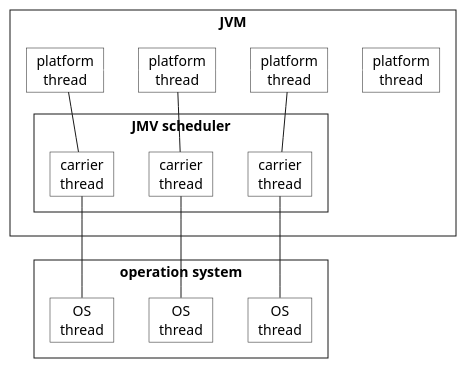
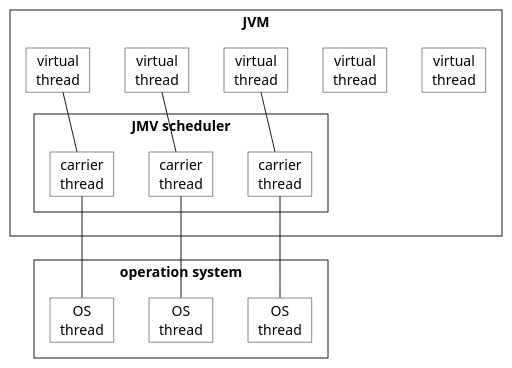
Before and after one commit to ti-cortex-m4/demo-java-virtual-threads2: the diagram in images/virtual_threads.puml, drawn with PlantUML. The commit also changed 1 other file, not shown here.

```diff
--- a/images/virtual_threads.puml
+++ b/images/virtual_threads.puml
@@ -1,42 +1,44 @@
 @startuml
 
 skinparam {
     defaultTextAlignment center
     roundCorner 0
     CardBackgroundColor transparent
     RectangleBackgroundColor transparent
     RectangleFontName Source Sans Pro
 }
 
 rectangle JVM {
-  card "platform\nthread" as PlatformThread1
-  card "platform\nthread" as PlatformThread2
-  card "platform\nthread" as PlatformThread3
-  card "platform\nthread" as PlatformThread4
+  card "virtual\nthread" as VirtualThread1
+  card "virtual\nthread" as VirtualThread2
+  card "virtual\nthread" as VirtualThread3
+  card "virtual\nthread" as VirtualThread4
+  card "virtual\nthread" as VirtualThread5
 
-  PlatformThread1 -right[#white]- PlatformThread2
-  PlatformThread2 -right[#white]- PlatformThread3
-  PlatformThread3 -right[#white]- PlatformThread4
+  VirtualThread1 -right[hidden]- VirtualThread2
+  VirtualThread2 -right[hidden]- VirtualThread3
+  VirtualThread3 -right[hidden]- VirtualThread4
+  VirtualThread4 -right[hidden]- VirtualThread5
 
   rectangle "JMV scheduler" {
     card "сarrier\nthread" as CarrierThread1
     card "сarrier\nthread" as CarrierThread2
     card "сarrier\nthread" as CarrierThread3
   }
 }
 
 rectangle "operation system" {
   card "OS\nthread" as OsThread1
   card "OS\nthread" as OsThread2
   card "OS\nthread" as OsThread3
 }
 
 OsThread1 -up- CarrierThread1
 OsThread2 -up- CarrierThread2
 OsThread3 -up- CarrierThread3
 
-CarrierThread1 -up- PlatformThread1
-CarrierThread2 -up- PlatformThread2
-CarrierThread3 -up- PlatformThread3
+CarrierThread1 -up- VirtualThread1
+CarrierThread2 -up- VirtualThread2
+CarrierThread3 -up- VirtualThread3
 
 @enduml
```
